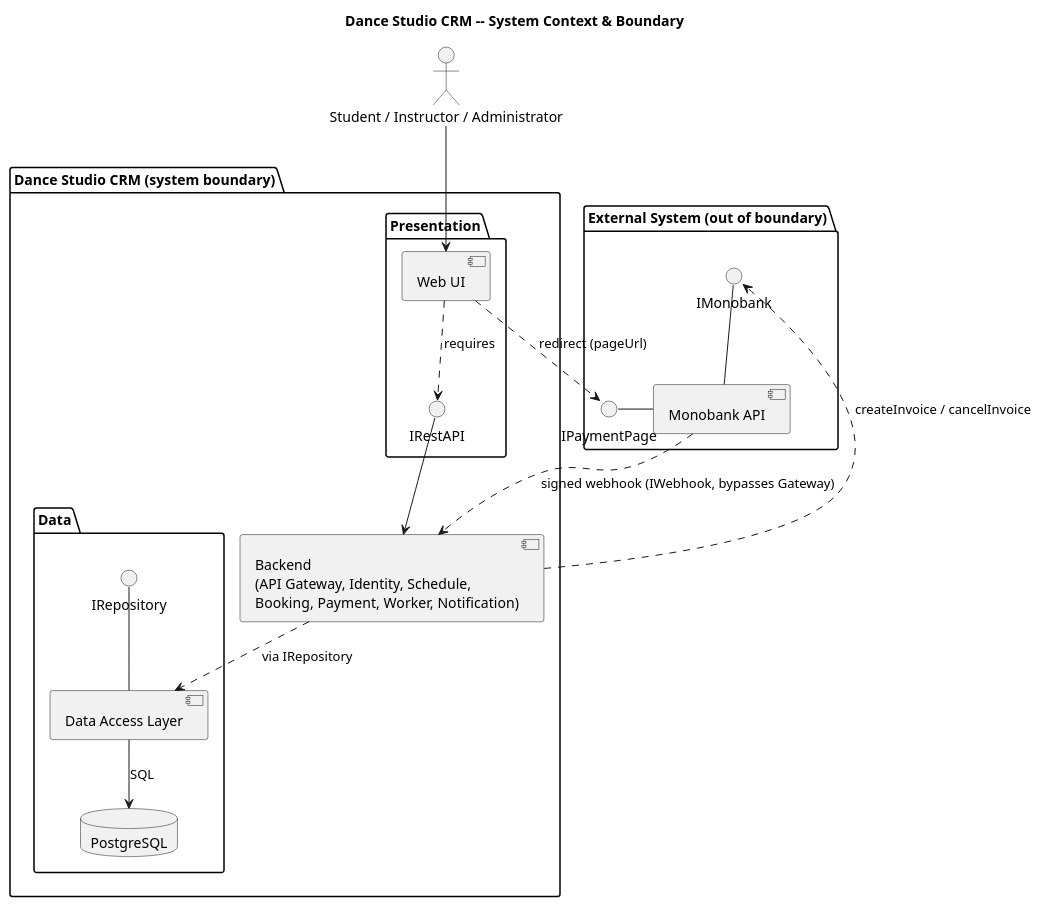
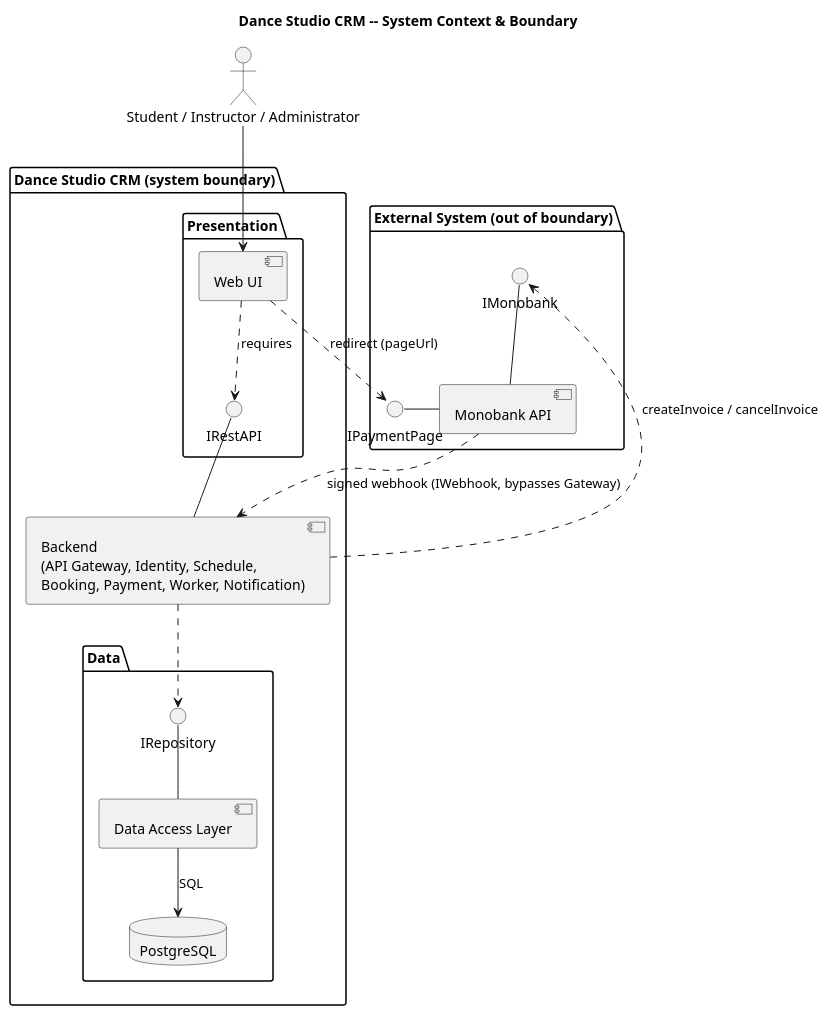
One commit to prashchukdanylo-stack/software-requirements-modeling-and-analysis changed the diagram in lab5/contextAndSystemBoundary.puml. Above: the diagram before and after it, drawn with PlantUML. The commit also changed 2 other files, not shown here.

```diff
--- a/lab5/contextAndSystemBoundary.puml
+++ b/lab5/contextAndSystemBoundary.puml
@@ -1,43 +1,43 @@
 @startuml
 skinparam componentStyle uml2
 skinparam nodesep 35
 skinparam ranksep 50
 
 title Dance Studio CRM -- System Context & Boundary
 
 actor "Student / Instructor / Administrator" as Actors
 
 package "Dance Studio CRM (system boundary)" {
   package "Presentation" {
     component "Web UI" as WebUI
     () "IRestAPI" as IRestAPI
     WebUI ..> IRestAPI : requires
   }
 
   component "Backend\n(API Gateway, Identity, Schedule,\nBooking, Payment, Worker, Notification)" as Backend
+  Backend -up- IRestAPI
 
   package "Data" {
     component "Data Access Layer" as DAL
     () "IRepository" as IRepository
     DAL -up- IRepository
 
     database "PostgreSQL" as DB
     DAL --> DB : SQL
   }
 }
 
 package "External System (out of boundary)" {
   component "Monobank API" as Mono
   () "IMonobank" as IMonobank
   () "IPaymentPage" as IPaymentPage
   Mono -up- IMonobank
   Mono -right- IPaymentPage
 }
 
 Actors --> WebUI
-IRestAPI --> Backend
-Backend ..> DAL : via IRepository
+Backend ..> IRepository
 Backend ..> IMonobank : createInvoice / cancelInvoice
 WebUI ..> IPaymentPage : redirect (pageUrl)
 Mono ..> Backend : signed webhook (IWebhook, bypasses Gateway)
 @enduml
```
